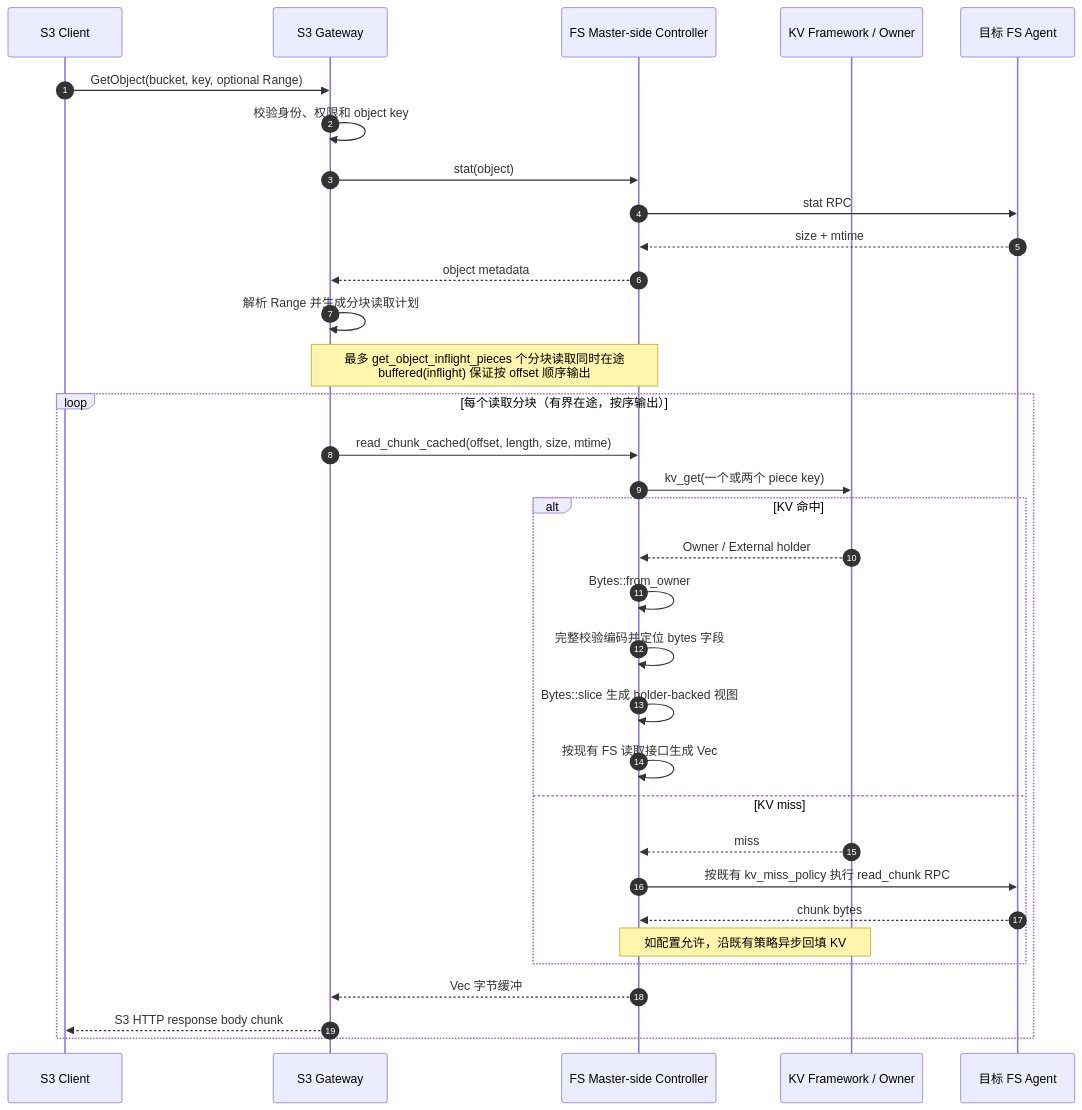
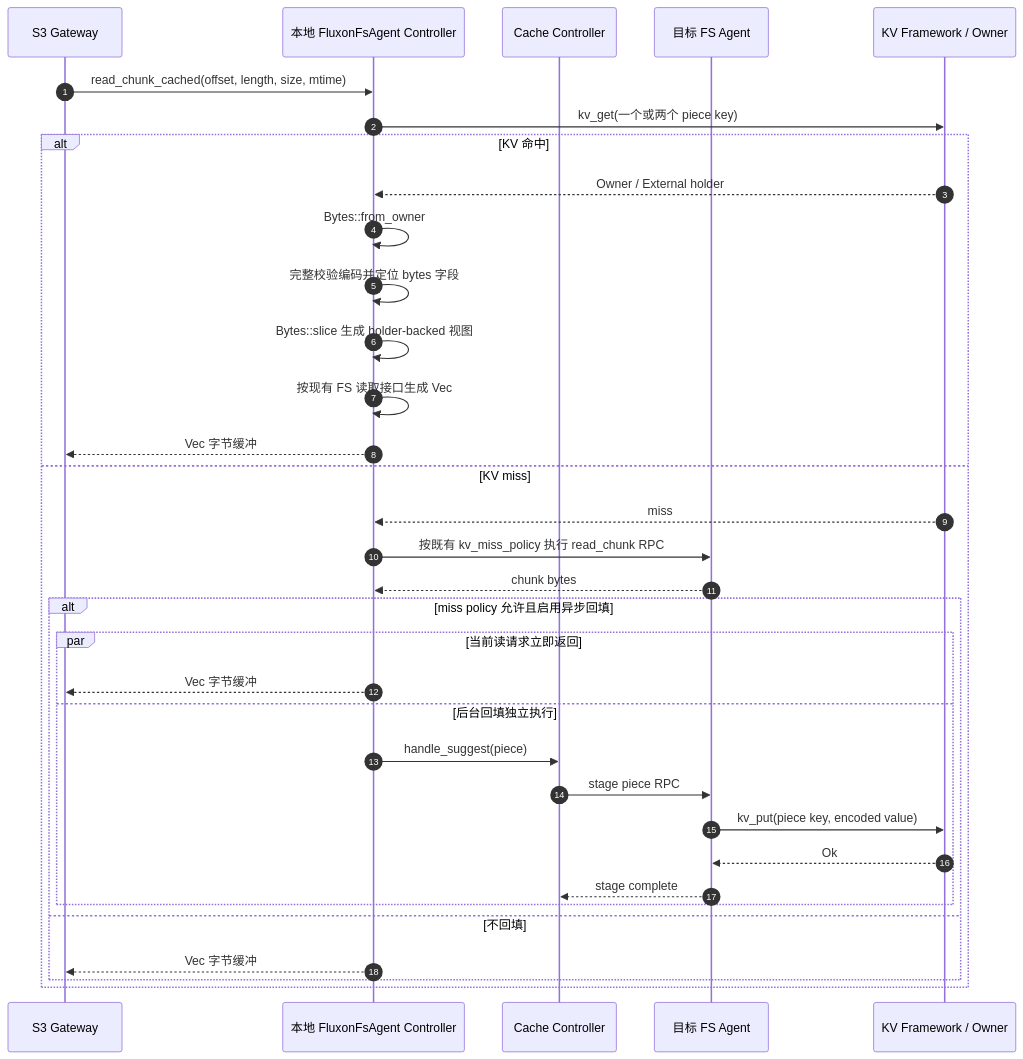
One commit to Tele-AI/Fluxon changed diagram 16 of 20 in fluxon_doc_cn/design/fs_s3_1_混合写入链路.md. Above: the diagram before and after it, drawn with Mermaid. The commit also changed other lines of this file and 6 other files, not shown here.

````diff
--- a/fluxon_doc_cn/design/fs_s3_1_混合写入链路.md
+++ b/fluxon_doc_cn/design/fs_s3_1_混合写入链路.md
@@ -604,38 +913,37 @@
 ```mermaid
 sequenceDiagram
     autonumber
-    participant U as S3 Client
     participant G as S3 Gateway
-    participant C as FS Master-side Controller
+    participant C as 本地 FluxonFsAgent Controller
+    participant B as Cache Controller
+    participant A as 目标 FS Agent
     participant O as KV Framework / Owner
-    participant A as 目标 FS Agent
 
-    U->>G: GetObject(bucket, key, optional Range)
-    G->>G: 校验身份、权限和 object key
-    G->>C: stat(object)
-    C->>A: stat RPC
-    A-->>C: size + mtime
-    C-->>G: object metadata
-    G->>G: 解析 Range 并生成分块读取计划
-
-    Note over G,C: 最多 get_object_inflight_pieces 个分块读取同时在途<br/>buffered(inflight) 保证按 offset 顺序输出
-
-    loop 每个读取分块（有界在途，按序输出）
-        G->>C: read_chunk_cached(offset, length, size, mtime)
-        C->>O: kv_get(一个或两个 piece key)
-        alt KV 命中
-            O-->>C: Owner / External holder
-            C->>C: Bytes::from_owner
-            C->>C: 完整校验编码并定位 bytes 字段
-            C->>C: Bytes::slice 生成 holder-backed 视图
-            C->>C: 按现有 FS 读取接口生成 Vec
-        else KV miss
-            O-->>C: miss
-            C->>A: 按既有 kv_miss_policy 执行 read_chunk RPC
-            A-->>C: chunk bytes
-            Note over C,O: 如配置允许，沿既有策略异步回填 KV
+    G->>C: read_chunk_cached(offset, length, size, mtime)
+    C->>O: kv_get(一个或两个 piece key)
+    alt KV 命中
+        O-->>C: Owner / External holder
+        C->>C: Bytes::from_owner
+        C->>C: 完整校验编码并定位 bytes 字段
+        C->>C: Bytes::slice 生成 holder-backed 视图
+        C->>C: 按现有 FS 读取接口生成 Vec
+        C-->>G: Vec 字节缓冲
+    else KV miss
+        O-->>C: miss
+        C->>A: 按既有 kv_miss_policy 执行 read_chunk RPC
+        A-->>C: chunk bytes
+        alt miss policy 允许且启用异步回填
+            par 当前读请求立即返回
+                C-->>G: Vec 字节缓冲
+            and 后台回填独立执行
+                C->>B: handle_suggest(piece)
+                B->>A: stage piece RPC
+                A->>O: kv_put(piece key, encoded value)
+                O-->>A: Ok
+                A-->>B: stage complete
+            end
+        else 不回填
+            C-->>G: Vec 字节缓冲
         end
-        C-->>G: Vec 字节缓冲
-        G-->>U: S3 HTTP response body chunk
     end
 ```
````
